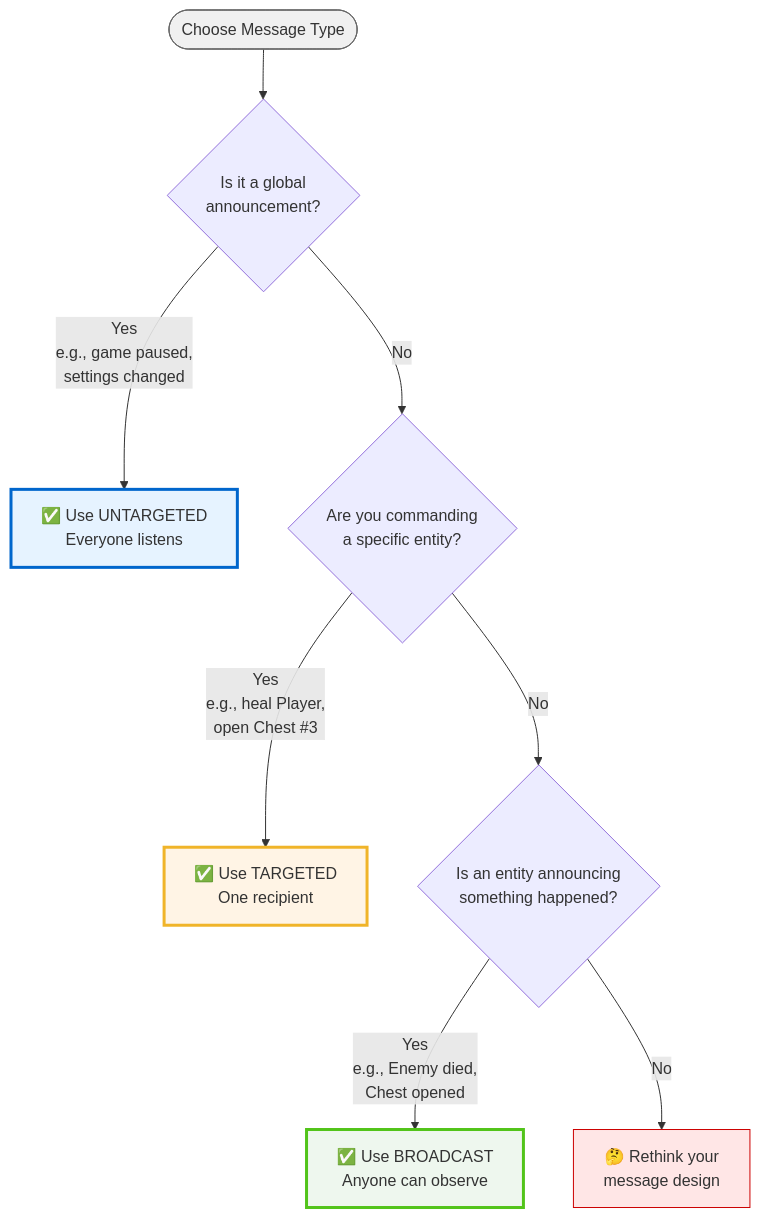
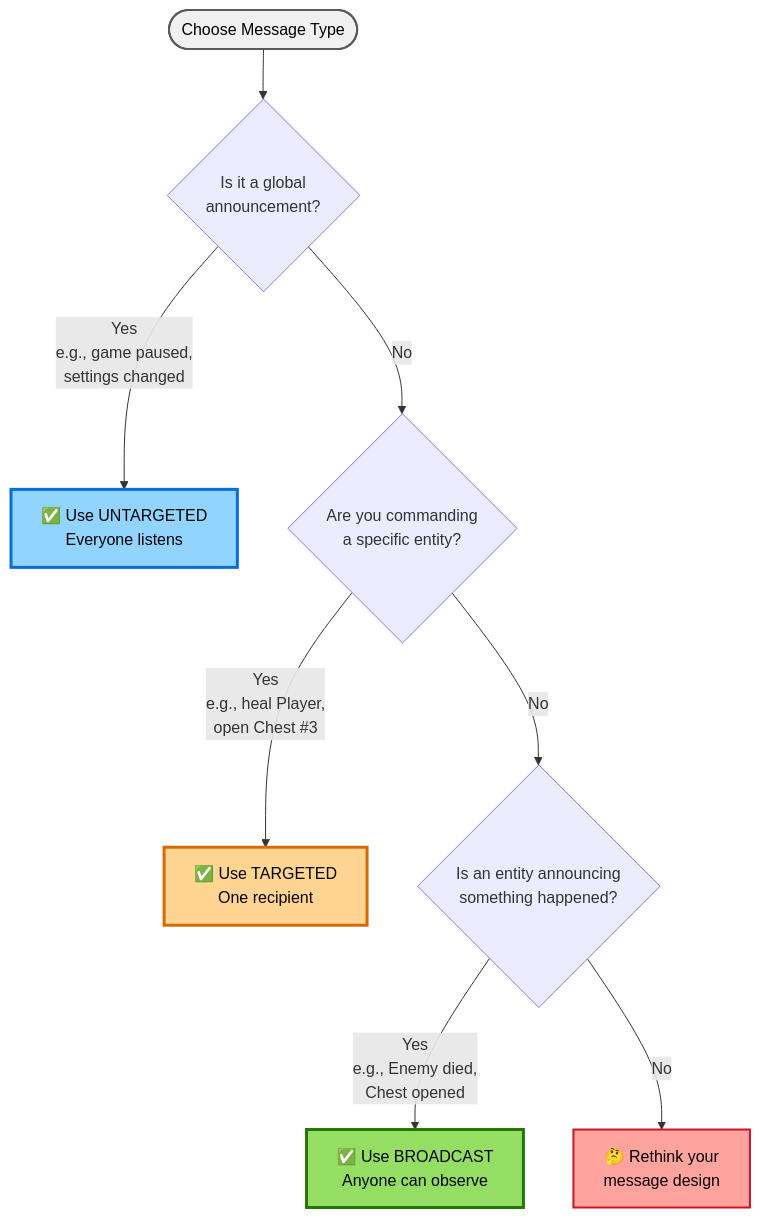
Before and after one commit to wallstop/DxMessaging: the diagram in Docs/MessageTypes.md, drawn with Mermaid. The commit also changed 5 other files, not shown here.

First line of the commit message:
Mermaid diagram updates (#68)

````diff
--- a/Docs/MessageTypes.md
+++ b/Docs/MessageTypes.md
@@ -17,24 +17,24 @@
 ```mermaid
 flowchart TD
     Start([Choose Message Type])
 
     Start --> Q1{Is it a global<br/>announcement?}
 
     Q1 -->|Yes<br/>e.g., game paused,<br/>settings changed| Untargeted[✅ Use UNTARGETED<br/>Everyone listens]
 
     Q1 -->|No| Q2{Are you commanding<br/>a specific entity?}
 
     Q2 -->|Yes<br/>e.g., heal Player,<br/>open Chest #3| Targeted[✅ Use TARGETED<br/>One recipient]
 
     Q2 -->|No| Q3{Is an entity announcing<br/>something happened?}
 
     Q3 -->|Yes<br/>e.g., Enemy died,<br/>Chest opened| Broadcast[✅ Use BROADCAST<br/>Anyone can observe]
 
     Q3 -->|No| Rethink[🤔 Rethink your<br/>message design]
 
-    style Untargeted fill:#e6f3ff,stroke:#0066cc,stroke-width:3px
-    style Targeted fill:#fff4e5,stroke:#f0b429,stroke-width:3px
-    style Broadcast fill:#eef7ee,stroke:#52c41a,stroke-width:3px
-    style Rethink fill:#ffe6e6,stroke:#cc0000
-    style Start fill:#f0f0f0,stroke:#666
+    style Untargeted fill:#91d5ff,stroke:#096dd9,stroke-width:3px,color:#000
+    style Targeted fill:#ffd591,stroke:#d46b08,stroke-width:3px,color:#000
+    style Broadcast fill:#95de64,stroke:#237804,stroke-width:3px,color:#000
+    style Rethink fill:#ffa39e,stroke:#cf1322,stroke-width:2px,color:#000
+    style Start fill:#f0f0f0,stroke:#595959,stroke-width:2px,color:#000
 ```
````
